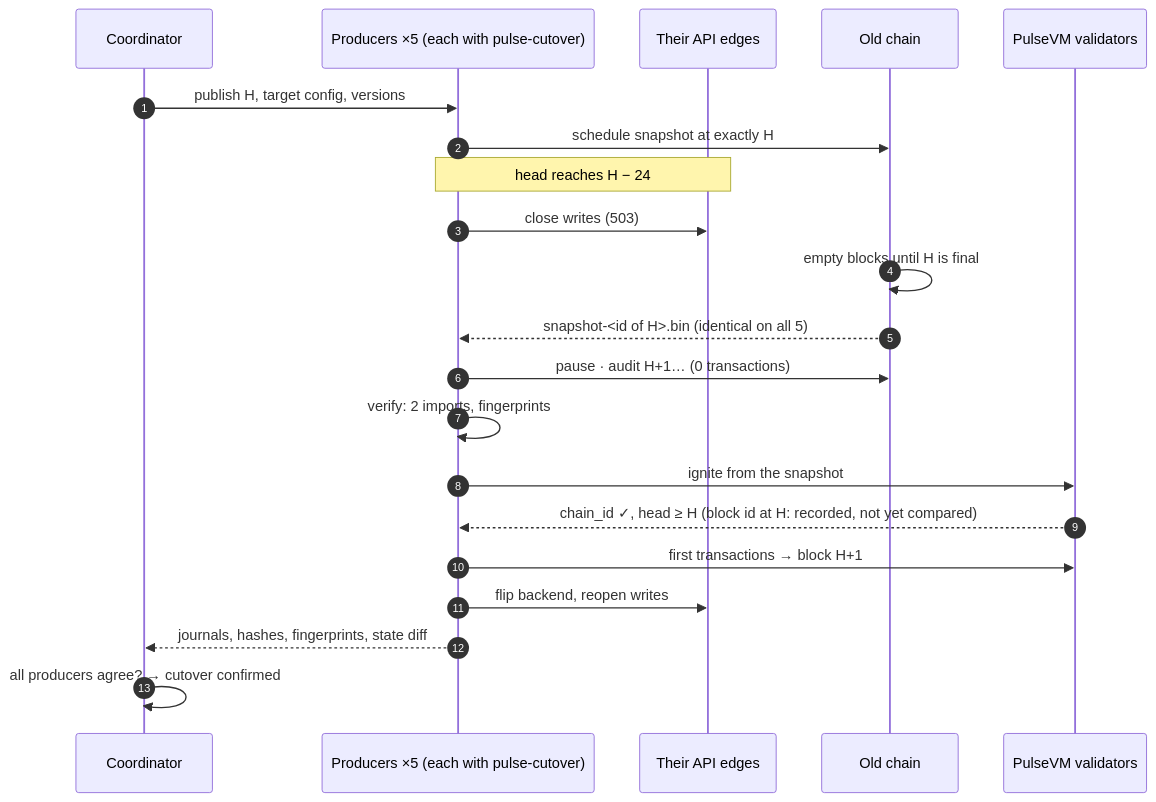
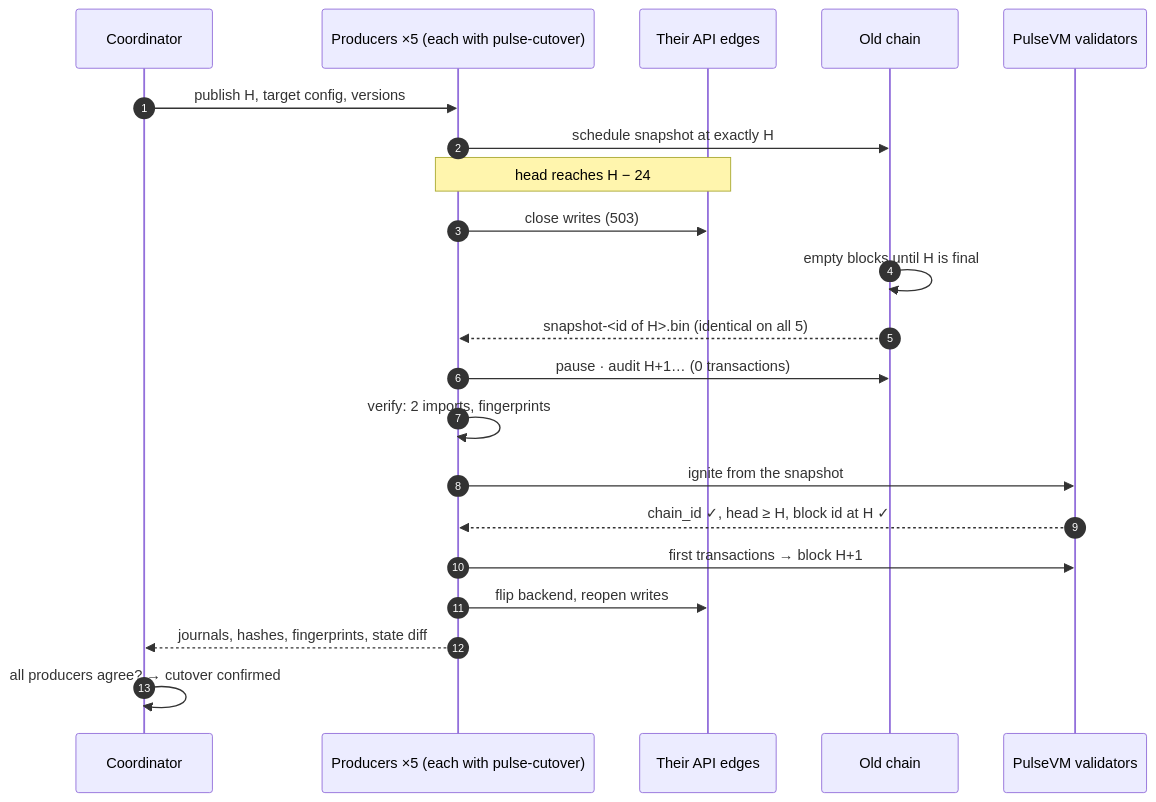
Before and after one commit to paulgnz/pulse-cutover: the sixth of 8 diagrams in docs/PROCESS.md, drawn with Mermaid. The commit also changed other lines of this file and 3 other files, not shown here.

````diff
--- a/docs/PROCESS.md
+++ b/docs/PROCESS.md
@@ -234,23 +237,23 @@
 ```mermaid
 sequenceDiagram
     autonumber
     participant C as Coordinator
     participant BP as Producers ×5 (each with pulse-cutover)
     participant E as Their API edges
     participant N as Old chain
     participant P as PulseVM validators
     C->>BP: publish H, target config, versions
     BP->>N: schedule snapshot at exactly H
     Note over BP,E: head reaches H − 24
     BP->>E: close writes (503)
     N->>N: empty blocks until H is final
     N-->>BP: snapshot-<id of H>.bin (identical on all 5)
     BP->>N: pause · audit H+1… (0 transactions)
     BP->>BP: verify: 2 imports, fingerprints
     BP->>P: ignite from the snapshot
-    P-->>BP: chain_id ✓, head ≥ H (block id at H: recorded, not yet compared)
+    P-->>BP: chain_id ✓, head ≥ H, block id at H ✓
     BP->>P: first transactions → block H+1
     BP->>E: flip backend, reopen writes
     BP-->>C: journals, hashes, fingerprints, state diff
     C->>C: all producers agree? → cutover confirmed
 ```
````
